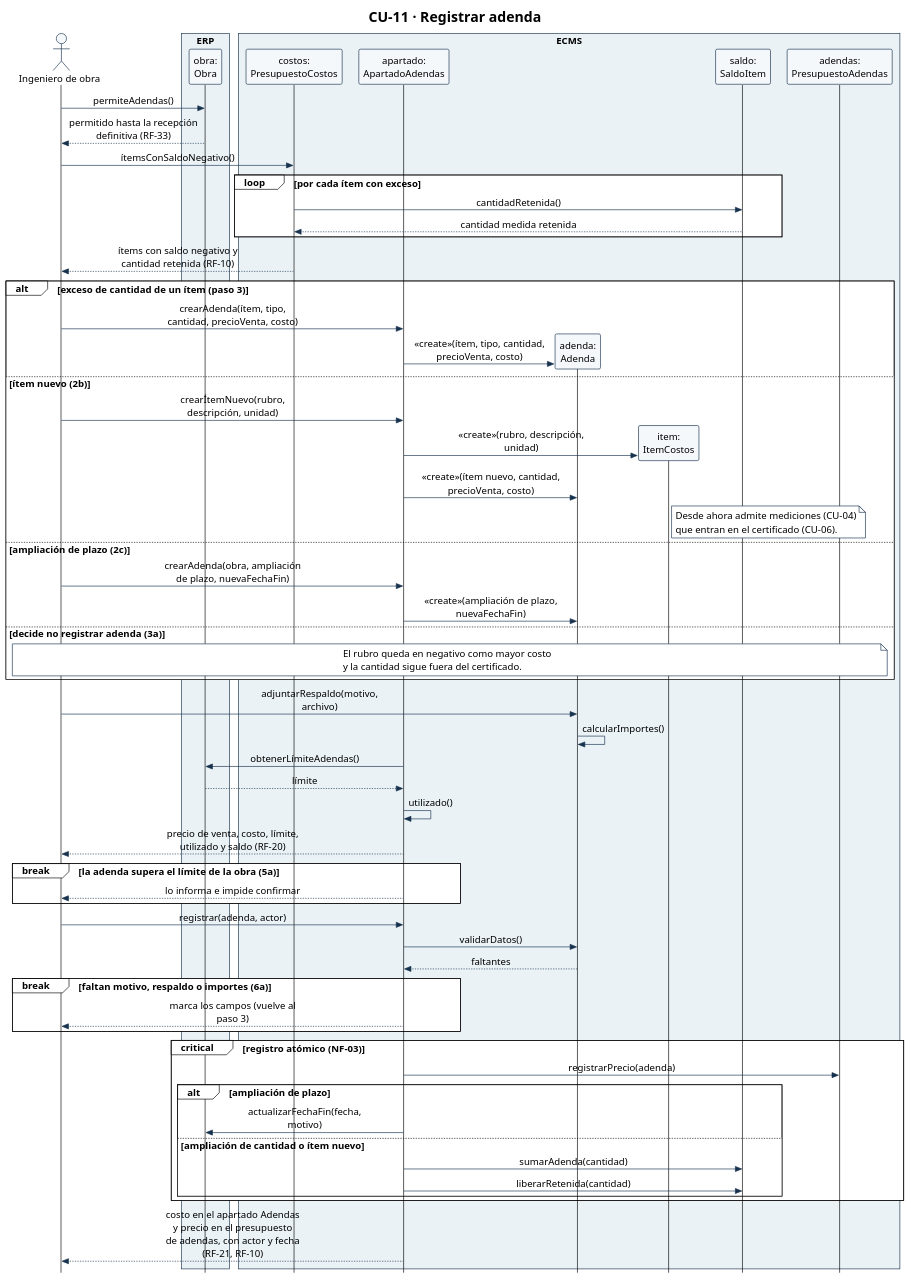
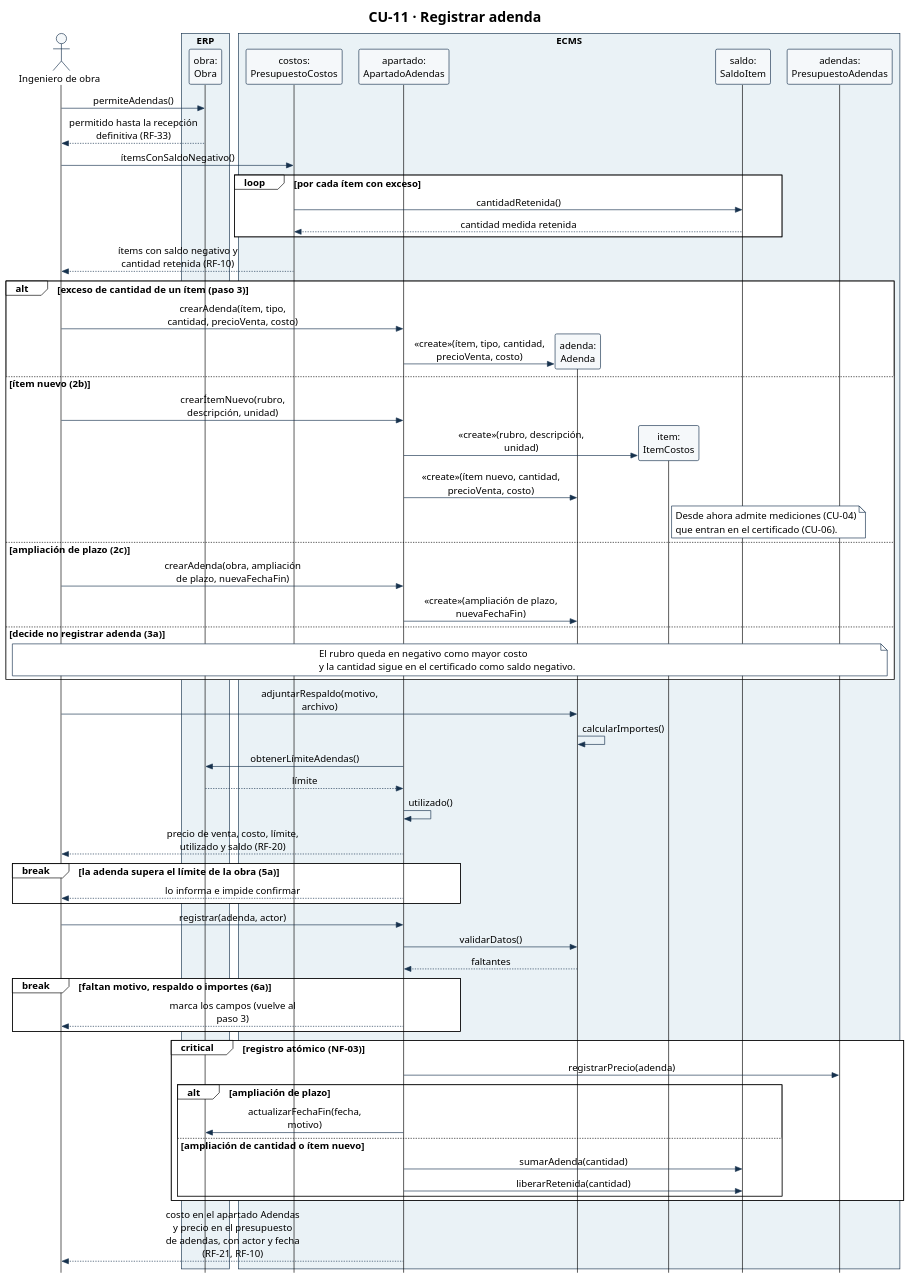
Before and after one commit to Ssrrb/tpf-uca: the diagram in diagramas/CU-11-secuencia.puml, drawn with PlantUML.

Commit message:
CU-11 secuencia: el exceso sin adenda sigue en el certificado como saldo negativo
Claude-Session: https://claude.ai/code/session_01SsyG3wk9Uew1LZi69mmegN

```diff
--- a/diagramas/CU-11-secuencia.puml
+++ b/diagramas/CU-11-secuencia.puml
@@ -1,94 +1,94 @@
 @startuml
 !theme plain
 skinparam style strictuml
 skinparam shadowing false
 skinparam defaultFontName Arial
 skinparam defaultFontSize 15
 skinparam sequenceMessageAlign center
 skinparam maxMessageSize 220
 skinparam ParticipantPadding 8
 skinparam BoxPadding 6
 skinparam ParticipantBackgroundColor #F5F8FA
 skinparam ParticipantBorderColor #17324D
 skinparam ActorBorderColor #17324D
 skinparam ActorBackgroundColor #F5F8FA
 skinparam ArrowColor #17324D
 skinparam SequenceBoxBorderColor #17324D
 skinparam note {
   BackgroundColor #FFFFFF
   BorderColor #17324D
 }
 hide footbox
 title CU-11 · Registrar adenda
 actor "Ingeniero de obra" as Ing
 box "ERP" #EAF2F6
 participant "obra:\nObra" as Obra
 end box
 box "ECMS" #EAF2F6
 participant "costos:\nPresupuestoCostos" as PC
 participant "apartado:\nApartadoAdendas" as Apa
 participant "adenda:\nAdenda" as Ad
 participant "item:\nItemCostos" as Item
 participant "saldo:\nSaldoItem" as Saldo
 participant "adendas:\nPresupuestoAdendas" as PA
 end box
 
 Ing -> Obra: permiteAdendas()
 Obra --> Ing: permitido hasta la recepción definitiva (RF-33)
 Ing -> PC: ítemsConSaldoNegativo()
 loop por cada ítem con exceso
   PC -> Saldo: cantidadRetenida()
   Saldo --> PC: cantidad medida retenida
 end
 PC --> Ing: ítems con saldo negativo y cantidad retenida (RF-10)
 
 alt exceso de cantidad de un ítem (paso 3)
   Ing -> Apa: crearAdenda(ítem, tipo, cantidad, precioVenta, costo)
   create Ad
   Apa -> Ad: «create»(ítem, tipo, cantidad, precioVenta, costo)
 else ítem nuevo (2b)
   Ing -> Apa: crearÍtemNuevo(rubro, descripción, unidad)
   create Item
   Apa -> Item: «create»(rubro, descripción, unidad)
   Apa -> Ad: «create»(ítem nuevo, cantidad, precioVenta, costo)
   note right of Item
     Desde ahora admite mediciones (CU-04)
     que entran en el certificado (CU-06).
   end note
 else ampliación de plazo (2c)
   Ing -> Apa: crearAdenda(obra, ampliación de plazo, nuevaFechaFin)
   Apa -> Ad: «create»(ampliación de plazo, nuevaFechaFin)
 else decide no registrar adenda (3a)
   note over Ing, PA
     El rubro queda en negativo como mayor costo
-    y la cantidad sigue fuera del certificado.
+    y la cantidad sigue en el certificado como saldo negativo.
   end note
 end
 
 Ing -> Ad: adjuntarRespaldo(motivo, archivo)
 Ad -> Ad: calcularImportes()
 Apa -> Obra: obtenerLímiteAdendas()
 Obra --> Apa: límite
 Apa -> Apa: utilizado()
 Apa --> Ing: precio de venta, costo, límite, utilizado y saldo (RF-20)
 break la adenda supera el límite de la obra (5a)
   Apa --> Ing: lo informa e impide confirmar
 end
 
 Ing -> Apa: registrar(adenda, actor)
 Apa -> Ad: validarDatos()
 Ad --> Apa: faltantes
 break faltan motivo, respaldo o importes (6a)
   Apa --> Ing: marca los campos (vuelve al paso 3)
 end
 critical registro atómico (NF-03)
   Apa -> PA: registrarPrecio(adenda)
   alt ampliación de plazo
     Apa -> Obra: actualizarFechaFin(fecha, motivo)
   else ampliación de cantidad o ítem nuevo
     Apa -> Saldo: sumarAdenda(cantidad)
     Apa -> Saldo: liberarRetenida(cantidad)
   end
 end
 Apa --> Ing: costo en el apartado Adendas y precio en el presupuesto\nde adendas, con actor y fecha (RF-21, RF-10)
 @enduml
```
